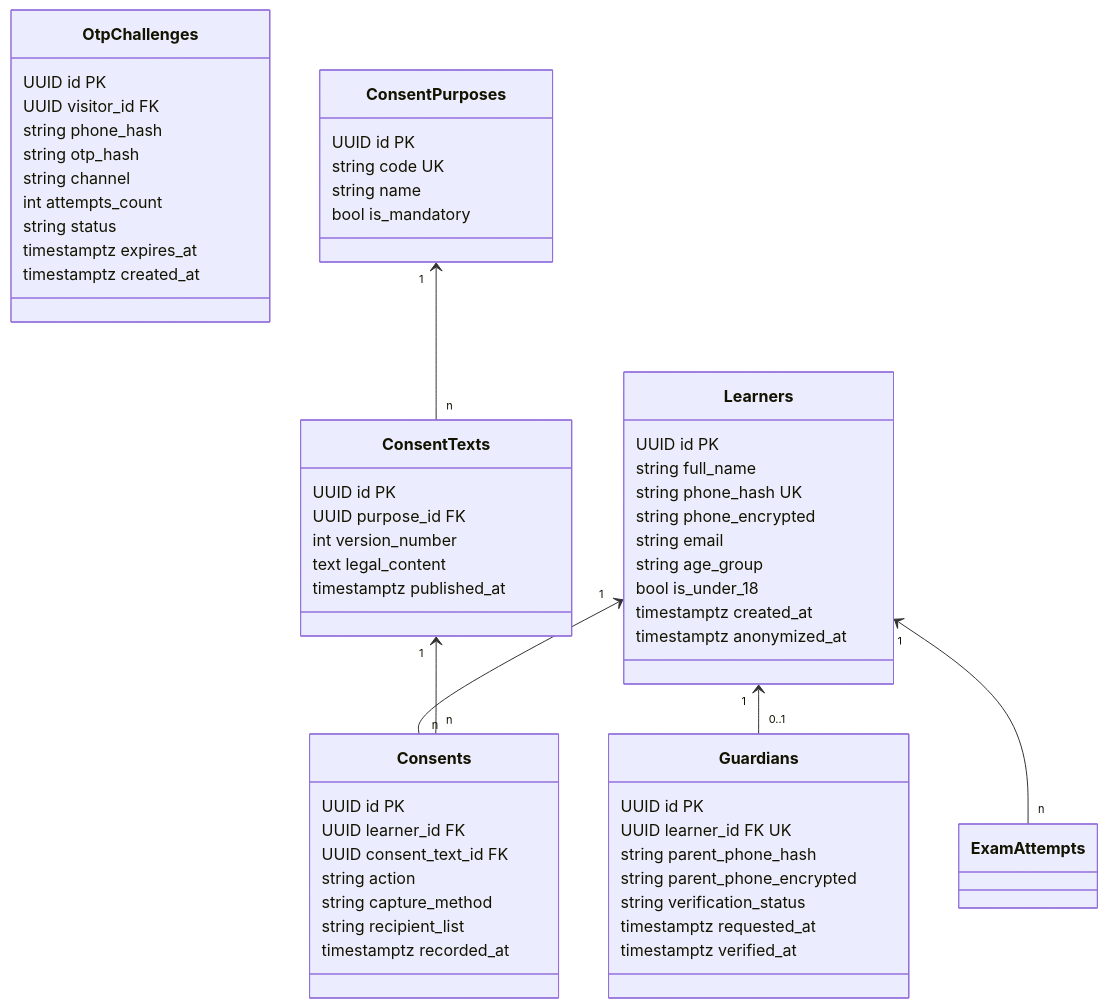
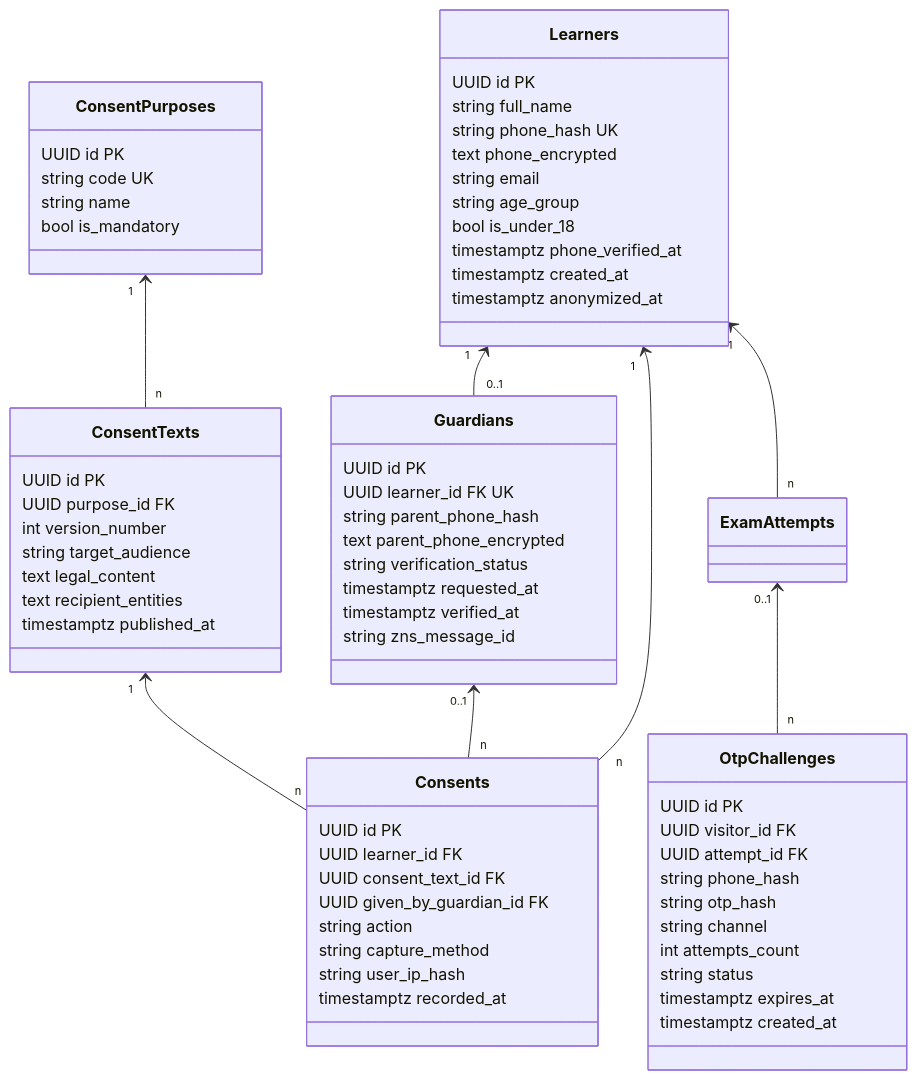
One commit to hoangthanhpro97/shd-tuhoctiengduc changed the third of 7 diagrams in docs/architecture/02-data-model.md. Above: the diagram before and after it, drawn with Mermaid. The commit also changed other lines of this file, not shown here.

Commit message:
docs(architecture): upgrade data model to v1.1 with grading pipeline, section timers, and security controls

````diff
--- a/docs/architecture/02-data-model.md
+++ b/docs/architecture/02-data-model.md
@@ -221,63 +275,71 @@
 ```mermaid
 classDiagram
     direction TB
     class Learners {
         UUID id PK
         string full_name
         string phone_hash UK
-        string phone_encrypted
+        text phone_encrypted
         string email
         string age_group
         bool is_under_18
+        timestamptz phone_verified_at
         timestamptz created_at
         timestamptz anonymized_at
     }
     class Guardians {
         UUID id PK
         UUID learner_id FK UK
         string parent_phone_hash
-        string parent_phone_encrypted
+        text parent_phone_encrypted
         string verification_status
         timestamptz requested_at
         timestamptz verified_at
+        string zns_message_id
     }
     class OtpChallenges {
         UUID id PK
         UUID visitor_id FK
+        UUID attempt_id FK
         string phone_hash
         string otp_hash
         string channel
         int attempts_count
         string status
         timestamptz expires_at
         timestamptz created_at
     }
     class ConsentPurposes {
         UUID id PK
         string code UK
         string name
         bool is_mandatory
     }
     class ConsentTexts {
         UUID id PK
         UUID purpose_id FK
         int version_number
+        string target_audience
         text legal_content
+        text recipient_entities
         timestamptz published_at
     }
     class Consents {
         UUID id PK
         UUID learner_id FK
         UUID consent_text_id FK
+        UUID given_by_guardian_id FK
         string action
         string capture_method
-        string recipient_list
+        string user_ip_hash
         timestamptz recorded_at
     }
 
     Learners "1" <-- "0..1" Guardians
     Learners "1" <-- "n" Consents
+    Guardians "0..1" <-- "n" Consents
     ConsentPurposes "1" <-- "n" ConsentTexts
     ConsentTexts "1" <-- "n" Consents
     Learners "1" <-- "n" ExamAttempts
+    ExamAttempts "0..1" <-- "n" OtpChallenges
 ```
````
